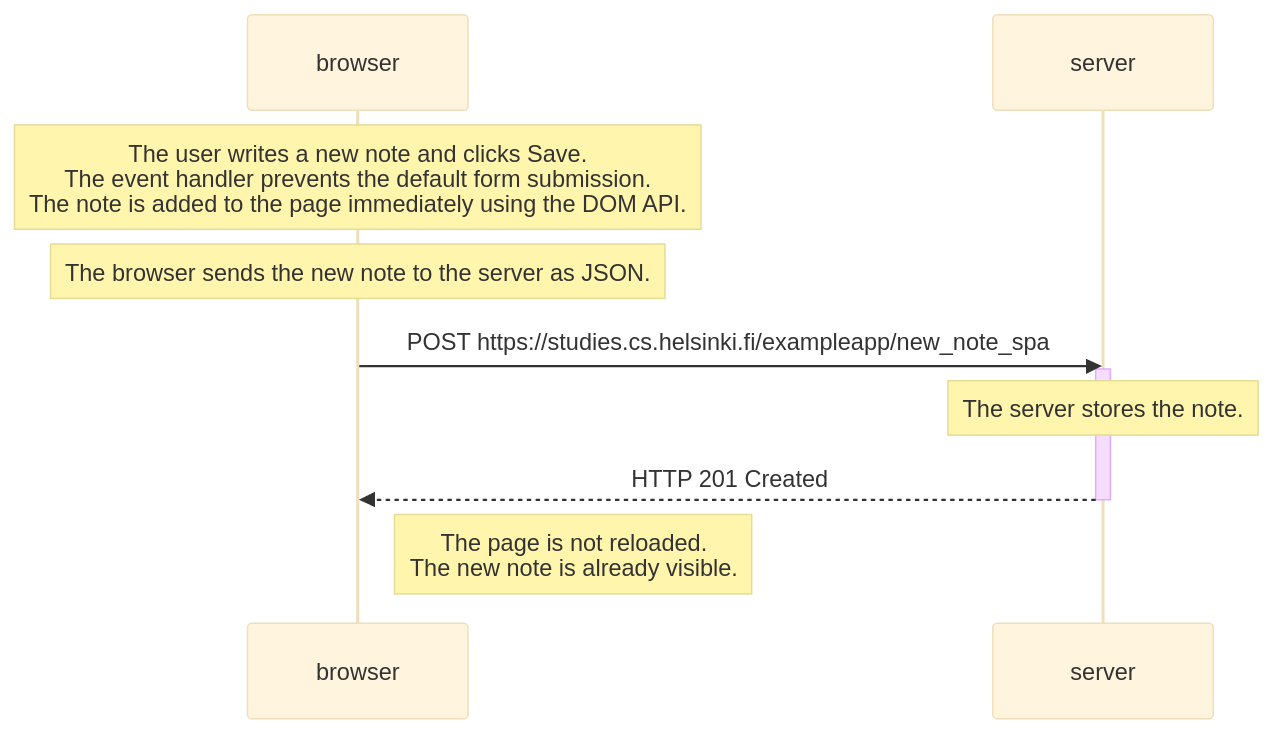
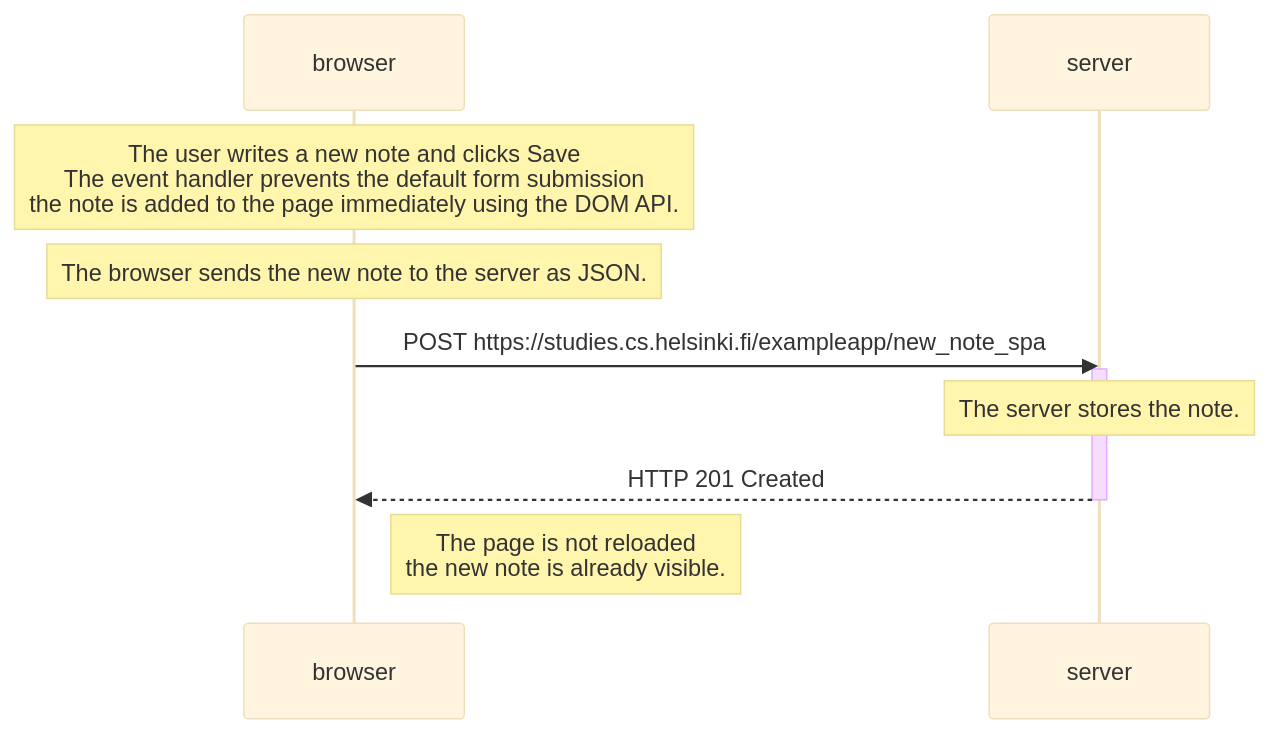
One commit to MoisesAlfar0o/FullStackOpen changed the diagram in part0/0.6.md. Above: the diagram before and after it, drawn with Mermaid (base theme). The commit also changed 2 other files, not shown here.

Commit message:
Complete Part 0 exercises

````diff
--- a/part0/0.6.md
+++ b/part0/0.6.md
@@ -1,18 +1,18 @@
 ```mermaid
   sequenceDiagram
     participant browser
     participant server
 
-    Note over browser: The user writes a new note and clicks Save.<br/>The event handler prevents the default form submission.<br/>The note is added to the page immediately using the DOM API.
+    Note over browser: The user writes a new note and clicks Save<br/>The event handler prevents the default form submission<br/>the note is added to the page immediately using the DOM API.
 
     Note over browser: The browser sends the new note to the server as JSON.
 
     browser->>server: POST https://studies.cs.helsinki.fi/exampleapp/new_note_spa
 
     activate server
     Note over server: The server stores the note.
     server-->>browser: HTTP 201 Created
     deactivate server
 
-    Note right of browser: The page is not reloaded.<br/>The new note is already visible.
+    Note right of browser: The page is not reloaded<br/>the new note is already visible.
 ```
````
